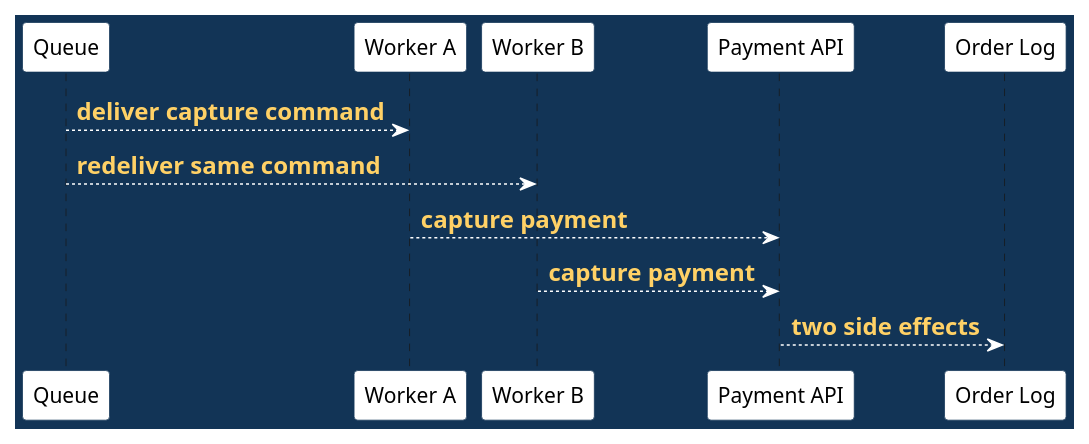
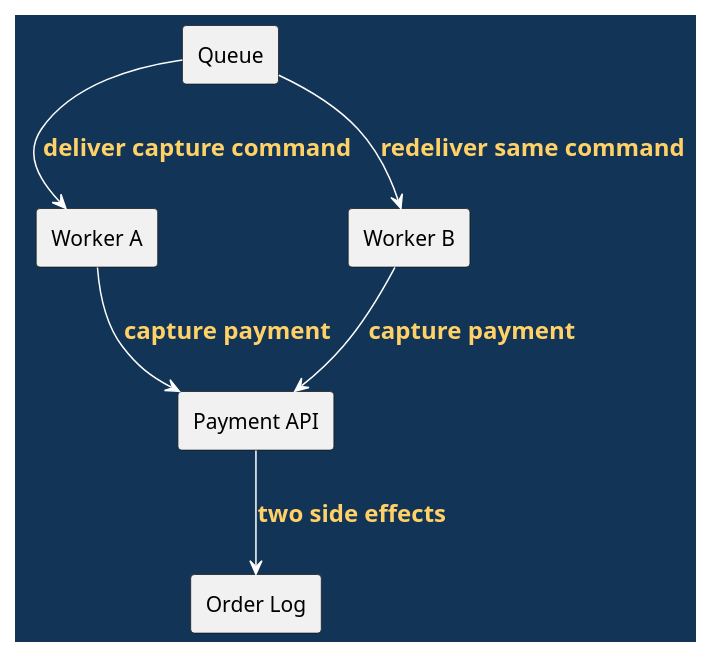
One commit to madajaju/CS5254 changed the tenth of 14 diagrams in doc/lectures/week5/objects_to_workflows/README.slides.adoc. Above: the diagram before and after it, drawn with PlantUML. The commit also changed other lines of this file and 74 other files, not shown here.

```diff
--- a/doc/lectures/week5/objects_to_workflows/README.slides.adoc
+++ b/doc/lectures/week5/objects_to_workflows/README.slides.adoc
@@ -343,28 +343,28 @@
 [plantuml, duplicate-retry-failure, svg, width=100%]
 ----
 @startuml
 skinparam BackgroundColor #123456
 skinparam DefaultFontColor black
 skinparam ArrowColor white
 skinparam ArrowFontColor #ffd166
 skinparam ArrowFontStyle bold
 skinparam ArrowFontSize 16
 skinparam shadowing false
 skinparam LifeLineBorderColor white
 skinparam LifeLineBackgroundColor white
 skinparam ParticipantBorderColor #123456
 skinparam ParticipantBackgroundColor white
 skinparam ParticipantFontColor black
-participant "Queue" as Q
-participant "Worker A" as A
-participant "Worker B" as B
-participant "Payment API" as P
-participant "Order Log" as L
+rectangle "Queue" as Q
+rectangle "Worker A" as A
+rectangle "Worker B" as B
+rectangle "Payment API" as P
+rectangle "Order Log" as L
 
 Q --> A : deliver capture command
 Q --> B : redeliver same command
 A --> P : capture payment
 B --> P : capture payment
 P --> L : two side effects
 @enduml
 ----
```
